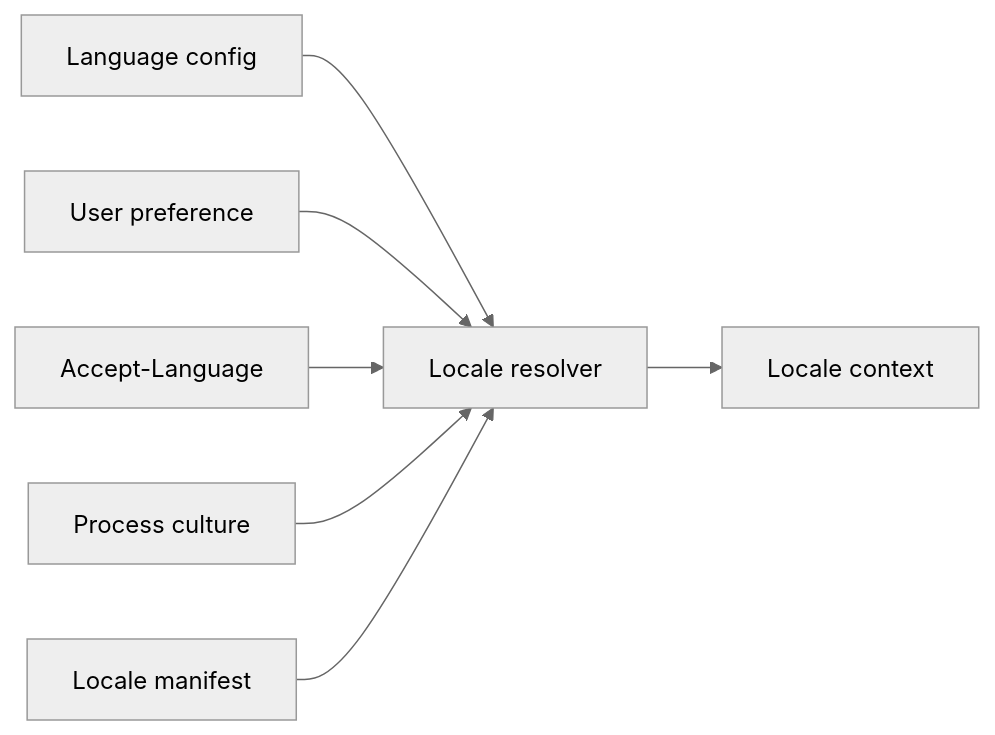
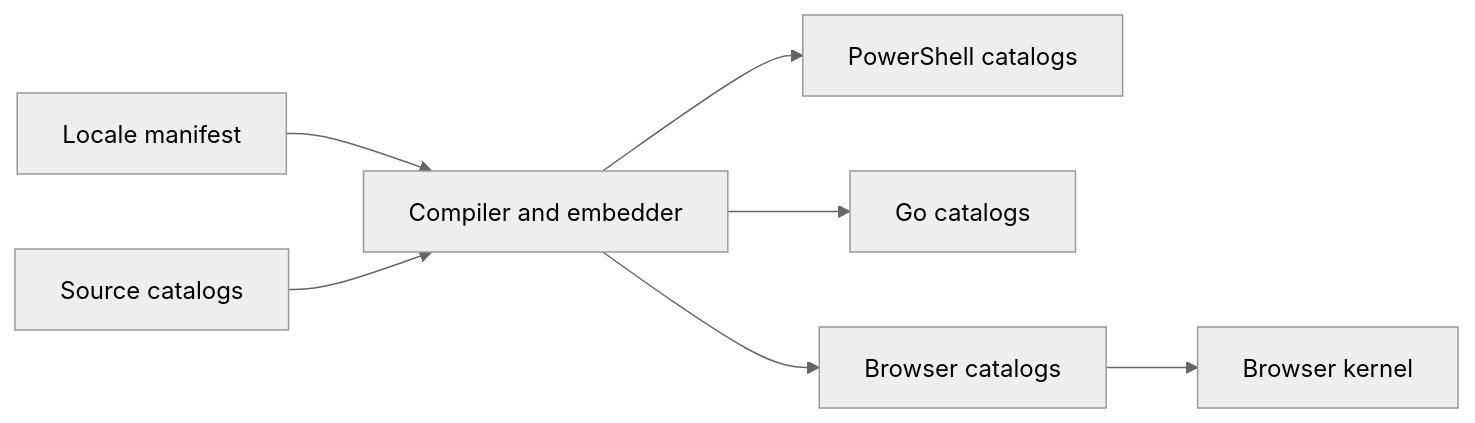
The first of 3 diagrams in docs/design/07-globalization.md (alissonsol/yuruna), drawn with Mermaid (neutral theme) before and after one commit. The commit also changed other lines of this file and 1383 other files, not shown here.

````diff
--- a/docs/design/07-globalization.md
+++ b/docs/design/07-globalization.md
@@ -13,9 +7,16 @@
 ```mermaid
 flowchart LR
-    test-config-yml["Language config"] --> new-locale-context["Locale resolver"]
-    user-language["User preference"] --> new-locale-context
-    accept-language["Accept-Language"] --> new-locale-context
-    process-culture["Process culture"] --> new-locale-context
-    locale-manifest-json["Locale manifest"] --> new-locale-context
-    new-locale-context --> locale-context["Locale context"]
+    locale-manifest-json["Locale manifest"]
+    globalization-catalogs["Source catalogs"]
+    invoke-catalogcompile-ps1["Compiler and embedder"]
+    globalization-generated-powershell["PowerShell catalogs"]
+    internal-catalog["Go catalogs"]
+    globalization-generated-browser["Browser catalogs"]
+    yuruna-i18n-js["Browser kernel"]
+    locale-manifest-json --> invoke-catalogcompile-ps1
+    globalization-catalogs --> invoke-catalogcompile-ps1
+    invoke-catalogcompile-ps1 --> globalization-generated-powershell
+    invoke-catalogcompile-ps1 --> internal-catalog
+    invoke-catalogcompile-ps1 --> globalization-generated-browser
+    globalization-generated-browser --> yuruna-i18n-js
 ```
````
